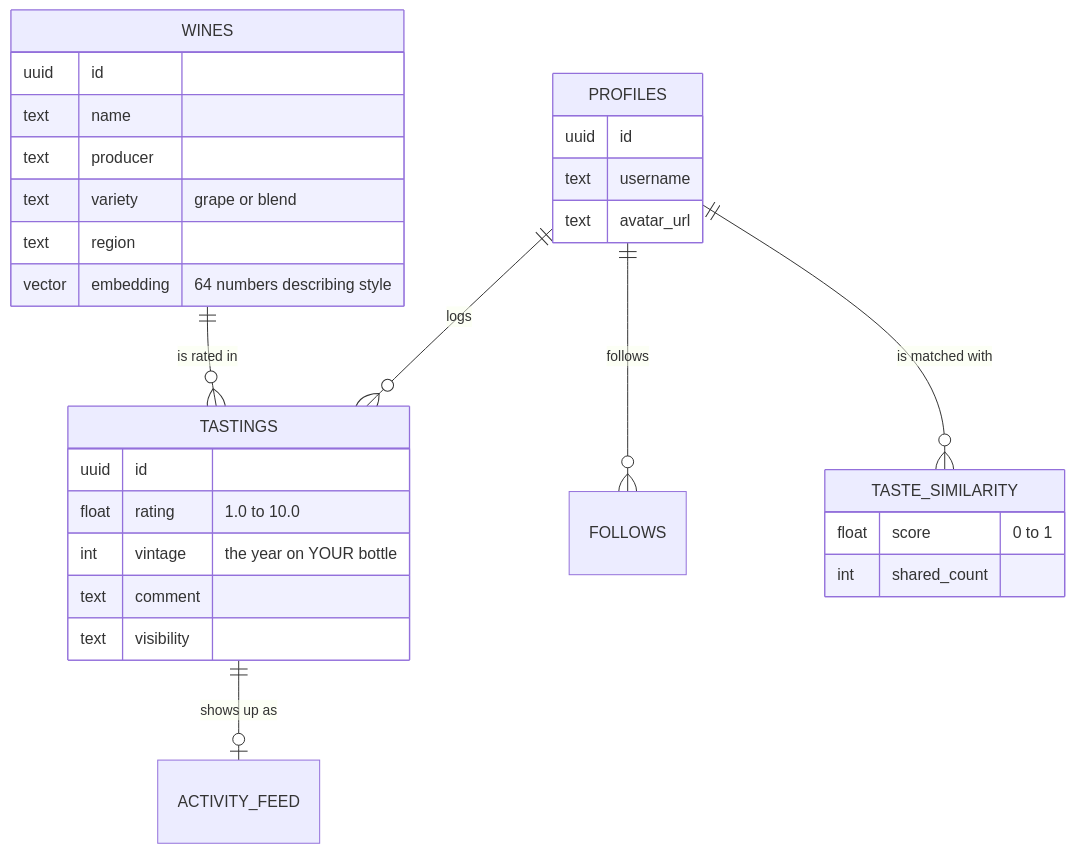
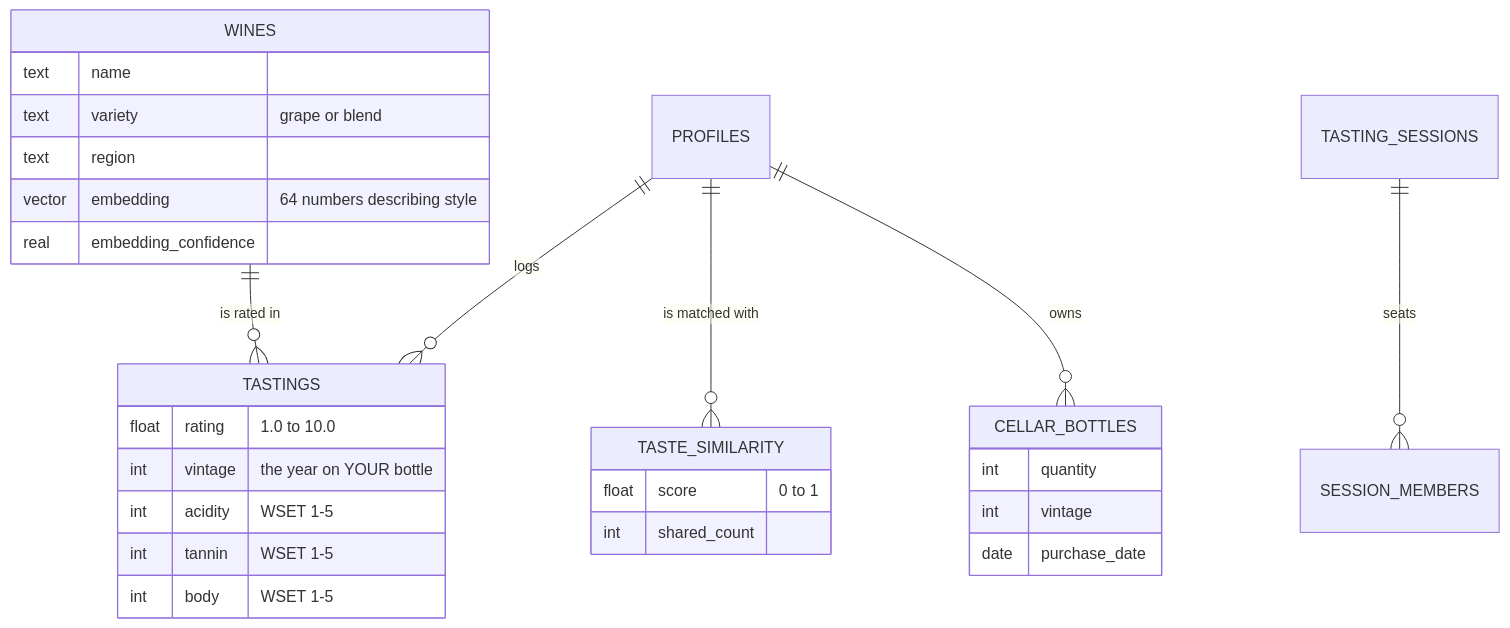
Before and after one commit to baypeanut/Vitis: the second of 2 diagrams in README.md, drawn with Mermaid. The commit also changed other lines of this file and 1 other file, not shown here.

````diff
--- a/README.md
+++ b/README.md
@@ -45,33 +89,32 @@
 ```mermaid
 erDiagram
     PROFILES ||--o{ TASTINGS : "logs"
     WINES    ||--o{ TASTINGS : "is rated in"
-    PROFILES ||--o{ FOLLOWS : "follows"
-    TASTINGS ||--o| ACTIVITY_FEED : "shows up as"
     PROFILES ||--o{ TASTE_SIMILARITY : "is matched with"
+    PROFILES ||--o{ CELLAR_BOTTLES : "owns"
+    TASTING_SESSIONS ||--o{ SESSION_MEMBERS : "seats"
 
     WINES {
-        uuid id
         text name
-        text producer
         text variety "grape or blend"
         text region
         vector embedding "64 numbers describing style"
+        real embedding_confidence
     }
     TASTINGS {
-        uuid id
         float rating "1.0 to 10.0"
         int vintage "the year on YOUR bottle"
-        text comment
-        text visibility
-    }
-    PROFILES {
-        uuid id
-        text username
-        text avatar_url
+        int acidity "WSET 1-5"
+        int tannin "WSET 1-5"
+        int body "WSET 1-5"
     }
     TASTE_SIMILARITY {
         float score "0 to 1"
         int shared_count
     }
+    CELLAR_BOTTLES {
+        int quantity
+        int vintage
+        date purchase_date
+    }
 ```
````
